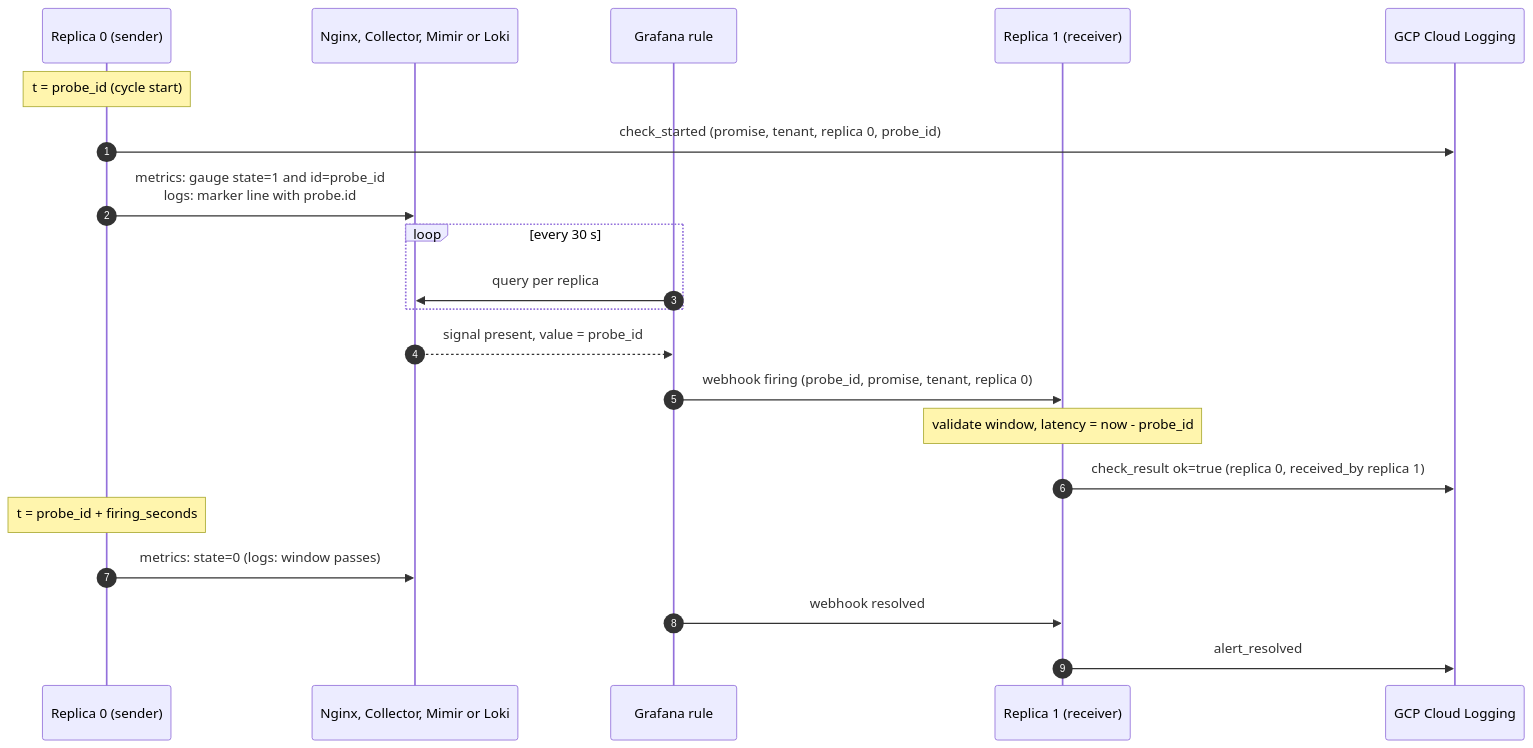
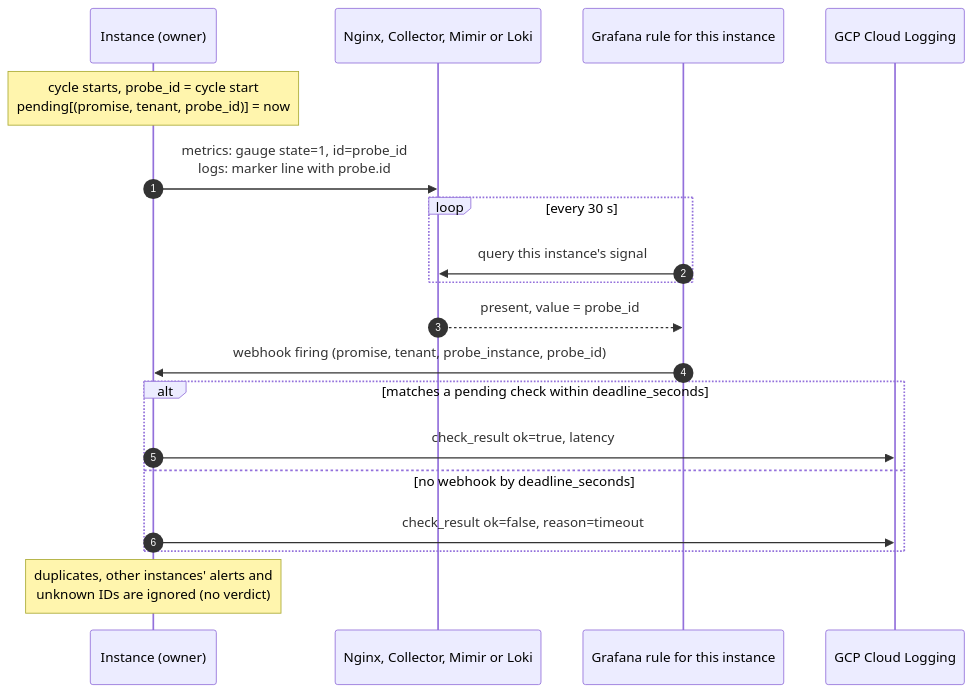
The second of 6 diagrams in heartbeat-probe/README.md (ileoliao/agent-repo), drawn with Mermaid before and after one commit. The commit also changed other lines of this file and 13 other files, not shown here.

````diff
--- a/heartbeat-probe/README.md
+++ b/heartbeat-probe/README.md
@@ -61,24 +65,22 @@
 ```mermaid
 sequenceDiagram
   autonumber
-  participant R0 as Replica 0 (sender)
+  participant I as Instance (owner)
   participant P as Nginx, Collector, Mimir or Loki
-  participant G as Grafana rule
-  participant R1 as Replica 1 (receiver)
+  participant G as Grafana rule for this instance
   participant L as GCP Cloud Logging
 
-  Note over R0: t = probe_id (cycle start)
-  R0->>L: check_started (promise, tenant, replica 0, probe_id)
-  R0->>P: metrics: gauge state=1 and id=probe_id<br/>logs: marker line with probe.id
+  Note over I: cycle starts, probe_id = cycle start<br/>pending[(promise, tenant, probe_id)] = now
+  I->>P: metrics: gauge state=1, id=probe_id<br/>logs: marker line with probe.id
   loop every 30 s
-    G->>P: query per replica
+    G->>P: query this instance's signal
   end
-  P-->>G: signal present, value = probe_id
-  G->>R1: webhook firing (probe_id, promise, tenant, replica 0)
-  Note over R1: validate window, latency = now - probe_id
-  R1->>L: check_result ok=true (replica 0, received_by replica 1)
-  Note over R0: t = probe_id + firing_seconds
-  R0->>P: metrics: state=0 (logs: window passes)
-  G->>R1: webhook resolved
-  R1->>L: alert_resolved
+  P-->>G: present, value = probe_id
+  G->>I: webhook firing (promise, tenant, probe_instance, probe_id)
+  alt matches a pending check within deadline_seconds
+    I->>L: check_result ok=true, latency
+  else no webhook by deadline_seconds
+    I->>L: check_result ok=false, reason=timeout
+  end
+  Note over I: duplicates, other instances' alerts and<br/>unknown IDs are ignored (no verdict)
 ```
````
